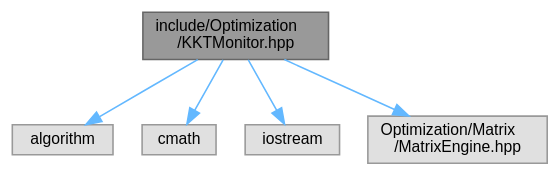
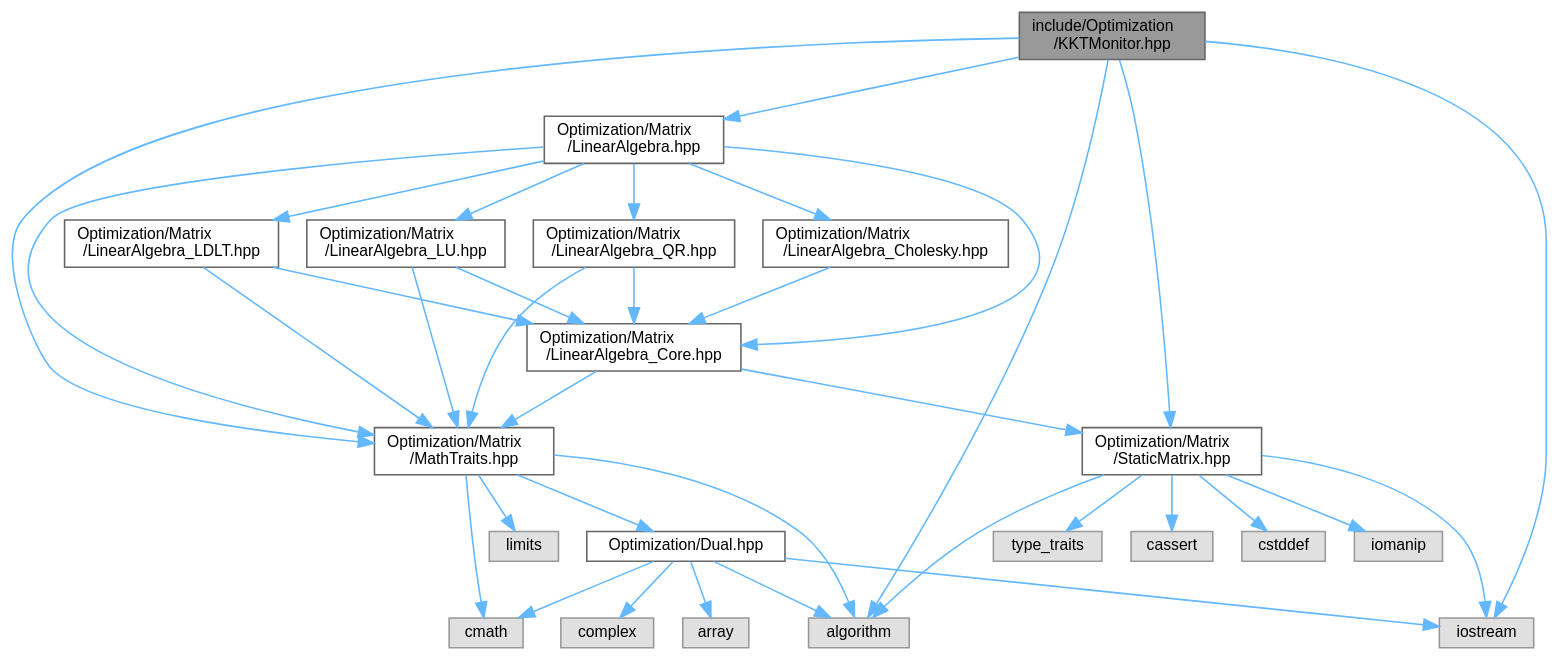
One commit to jswoo0615/Algorithms_for_Optimization_cpp changed the diagram in KKTMonitor_8hpp__incl.dot. Above: the diagram before and after it, drawn with Graphviz. The commit also changed 86 other files, not shown here.

```diff
--- a/KKTMonitor_8hpp__incl.dot
+++ b/KKTMonitor_8hpp__incl.dot
@@ -1,16 +1,62 @@
 digraph "include/Optimization/KKTMonitor.hpp"
 {
  // LATEX_PDF_SIZE
   bgcolor="transparent";
   edge [fontname=Helvetica,fontsize=10,labelfontname=Helvetica,labelfontsize=10];
   node [fontname=Helvetica,fontsize=10,shape=box,height=0.2,width=0.4];
-  Node1 [id="Node000001",label="include/Optimization\l/KKTMonitor.hpp",height=0.2,width=0.4,color="gray40", fillcolor="grey60", style="filled", fontcolor="black",tooltip="KKT(Karush-Kuhn-Tucker) 조건 감시 및 최적해 검증 모니터 구현"];
+  Node1 [id="Node000001",label="include/Optimization\l/KKTMonitor.hpp",height=0.2,width=0.4,color="gray40", fillcolor="grey60", style="filled", fontcolor="black",tooltip="KKT 조건 감시 및 최적해 검증 모니터 구현 (Zero-Allocation Optimized)"];
   Node1 -> Node2 [id="edge1_Node000001_Node000002",color="steelblue1",style="solid",tooltip=" "];
   Node2 [id="Node000002",label="algorithm",height=0.2,width=0.4,color="grey60", fillcolor="#E0E0E0", style="filled",tooltip=" "];
   Node1 -> Node3 [id="edge2_Node000001_Node000003",color="steelblue1",style="solid",tooltip=" "];
-  Node3 [id="Node000003",label="cmath",height=0.2,width=0.4,color="grey60", fillcolor="#E0E0E0", style="filled",tooltip=" "];
+  Node3 [id="Node000003",label="iostream",height=0.2,width=0.4,color="grey60", fillcolor="#E0E0E0", style="filled",tooltip=" "];
   Node1 -> Node4 [id="edge3_Node000001_Node000004",color="steelblue1",style="solid",tooltip=" "];
-  Node4 [id="Node000004",label="iostream",height=0.2,width=0.4,color="grey60", fillcolor="#E0E0E0", style="filled",tooltip=" "];
-  Node1 -> Node5 [id="edge4_Node000001_Node000005",color="steelblue1",style="solid",tooltip=" "];
-  Node5 [id="Node000005",label="Optimization/Matrix\l/MatrixEngine.hpp",height=0.2,width=0.4,color="grey60", fillcolor="#E0E0E0", style="filled",tooltip=" "];
+  Node4 [id="Node000004",label="Optimization/Matrix\l/MathTraits.hpp",height=0.2,width=0.4,color="grey40", fillcolor="white", style="filled",URL="$MathTraits_8hpp_source.html",tooltip=" "];
+  Node4 -> Node2 [id="edge4_Node000004_Node000002",color="steelblue1",style="solid",tooltip=" "];
+  Node4 -> Node5 [id="edge5_Node000004_Node000005",color="steelblue1",style="solid",tooltip=" "];
+  Node5 [id="Node000005",label="cmath",height=0.2,width=0.4,color="grey60", fillcolor="#E0E0E0", style="filled",tooltip=" "];
+  Node4 -> Node6 [id="edge6_Node000004_Node000006",color="steelblue1",style="solid",tooltip=" "];
+  Node6 [id="Node000006",label="limits",height=0.2,width=0.4,color="grey60", fillcolor="#E0E0E0", style="filled",tooltip=" "];
+  Node4 -> Node7 [id="edge7_Node000004_Node000007",color="steelblue1",style="solid",tooltip=" "];
+  Node7 [id="Node000007",label="Optimization/Dual.hpp",height=0.2,width=0.4,color="grey40", fillcolor="white", style="filled",URL="$Dual_8hpp_source.html",tooltip=" "];
+  Node7 -> Node2 [id="edge8_Node000007_Node000002",color="steelblue1",style="solid",tooltip=" "];
+  Node7 -> Node8 [id="edge9_Node000007_Node000008",color="steelblue1",style="solid",tooltip=" "];
+  Node8 [id="Node000008",label="array",height=0.2,width=0.4,color="grey60", fillcolor="#E0E0E0", style="filled",tooltip=" "];
+  Node7 -> Node5 [id="edge10_Node000007_Node000005",color="steelblue1",style="solid",tooltip=" "];
+  Node7 -> Node9 [id="edge11_Node000007_Node000009",color="steelblue1",style="solid",tooltip=" "];
+  Node9 [id="Node000009",label="complex",height=0.2,width=0.4,color="grey60", fillcolor="#E0E0E0", style="filled",tooltip=" "];
+  Node7 -> Node3 [id="edge12_Node000007_Node000003",color="steelblue1",style="solid",tooltip=" "];
+  Node1 -> Node10 [id="edge13_Node000001_Node000010",color="steelblue1",style="solid",tooltip=" "];
+  Node10 [id="Node000010",label="Optimization/Matrix\l/LinearAlgebra.hpp",height=0.2,width=0.4,color="grey40", fillcolor="white", style="filled",URL="$LinearAlgebra_8hpp_source.html",tooltip=" "];
+  Node10 -> Node11 [id="edge14_Node000010_Node000011",color="steelblue1",style="solid",tooltip=" "];
+  Node11 [id="Node000011",label="Optimization/Matrix\l/LinearAlgebra_Cholesky.hpp",height=0.2,width=0.4,color="grey40", fillcolor="white", style="filled",URL="$LinearAlgebra__Cholesky_8hpp_source.html",tooltip=" "];
+  Node11 -> Node12 [id="edge15_Node000011_Node000012",color="steelblue1",style="solid",tooltip=" "];
+  Node12 [id="Node000012",label="Optimization/Matrix\l/LinearAlgebra_Core.hpp",height=0.2,width=0.4,color="grey40", fillcolor="white", style="filled",URL="$LinearAlgebra__Core_8hpp_source.html",tooltip=" "];
+  Node12 -> Node4 [id="edge16_Node000012_Node000004",color="steelblue1",style="solid",tooltip=" "];
+  Node12 -> Node13 [id="edge17_Node000012_Node000013",color="steelblue1",style="solid",tooltip=" "];
+  Node13 [id="Node000013",label="Optimization/Matrix\l/StaticMatrix.hpp",height=0.2,width=0.4,color="grey40", fillcolor="white", style="filled",URL="$StaticMatrix_8hpp_source.html",tooltip=" "];
+  Node13 -> Node2 [id="edge18_Node000013_Node000002",color="steelblue1",style="solid",tooltip=" "];
+  Node13 -> Node14 [id="edge19_Node000013_Node000014",color="steelblue1",style="solid",tooltip=" "];
+  Node14 [id="Node000014",label="cassert",height=0.2,width=0.4,color="grey60", fillcolor="#E0E0E0", style="filled",tooltip=" "];
+  Node13 -> Node15 [id="edge20_Node000013_Node000015",color="steelblue1",style="solid",tooltip=" "];
+  Node15 [id="Node000015",label="cstddef",height=0.2,width=0.4,color="grey60", fillcolor="#E0E0E0", style="filled",tooltip=" "];
+  Node13 -> Node16 [id="edge21_Node000013_Node000016",color="steelblue1",style="solid",tooltip=" "];
+  Node16 [id="Node000016",label="iomanip",height=0.2,width=0.4,color="grey60", fillcolor="#E0E0E0", style="filled",tooltip=" "];
+  Node13 -> Node3 [id="edge22_Node000013_Node000003",color="steelblue1",style="solid",tooltip=" "];
+  Node13 -> Node17 [id="edge23_Node000013_Node000017",color="steelblue1",style="solid",tooltip=" "];
+  Node17 [id="Node000017",label="type_traits",height=0.2,width=0.4,color="grey60", fillcolor="#E0E0E0", style="filled",tooltip=" "];
+  Node10 -> Node12 [id="edge24_Node000010_Node000012",color="steelblue1",style="solid",tooltip=" "];
+  Node10 -> Node18 [id="edge25_Node000010_Node000018",color="steelblue1",style="solid",tooltip=" "];
+  Node18 [id="Node000018",label="Optimization/Matrix\l/LinearAlgebra_LDLT.hpp",height=0.2,width=0.4,color="grey40", fillcolor="white", style="filled",URL="$LinearAlgebra__LDLT_8hpp_source.html",tooltip=" "];
+  Node18 -> Node12 [id="edge26_Node000018_Node000012",color="steelblue1",style="solid",tooltip=" "];
+  Node18 -> Node4 [id="edge27_Node000018_Node000004",color="steelblue1",style="solid",tooltip=" "];
+  Node10 -> Node19 [id="edge28_Node000010_Node000019",color="steelblue1",style="solid",tooltip=" "];
+  Node19 [id="Node000019",label="Optimization/Matrix\l/LinearAlgebra_LU.hpp",height=0.2,width=0.4,color="grey40", fillcolor="white", style="filled",URL="$LinearAlgebra__LU_8hpp_source.html",tooltip=" "];
+  Node19 -> Node12 [id="edge29_Node000019_Node000012",color="steelblue1",style="solid",tooltip=" "];
+  Node19 -> Node4 [id="edge30_Node000019_Node000004",color="steelblue1",style="solid",tooltip=" "];
+  Node10 -> Node20 [id="edge31_Node000010_Node000020",color="steelblue1",style="solid",tooltip=" "];
+  Node20 [id="Node000020",label="Optimization/Matrix\l/LinearAlgebra_QR.hpp",height=0.2,width=0.4,color="grey40", fillcolor="white", style="filled",URL="$LinearAlgebra__QR_8hpp_source.html",tooltip=" "];
+  Node20 -> Node12 [id="edge32_Node000020_Node000012",color="steelblue1",style="solid",tooltip=" "];
+  Node20 -> Node4 [id="edge33_Node000020_Node000004",color="steelblue1",style="solid",tooltip=" "];
+  Node10 -> Node4 [id="edge34_Node000010_Node000004",color="steelblue1",style="solid",tooltip=" "];
+  Node1 -> Node13 [id="edge35_Node000001_Node000013",color="steelblue1",style="solid",tooltip=" "];
 }
```
